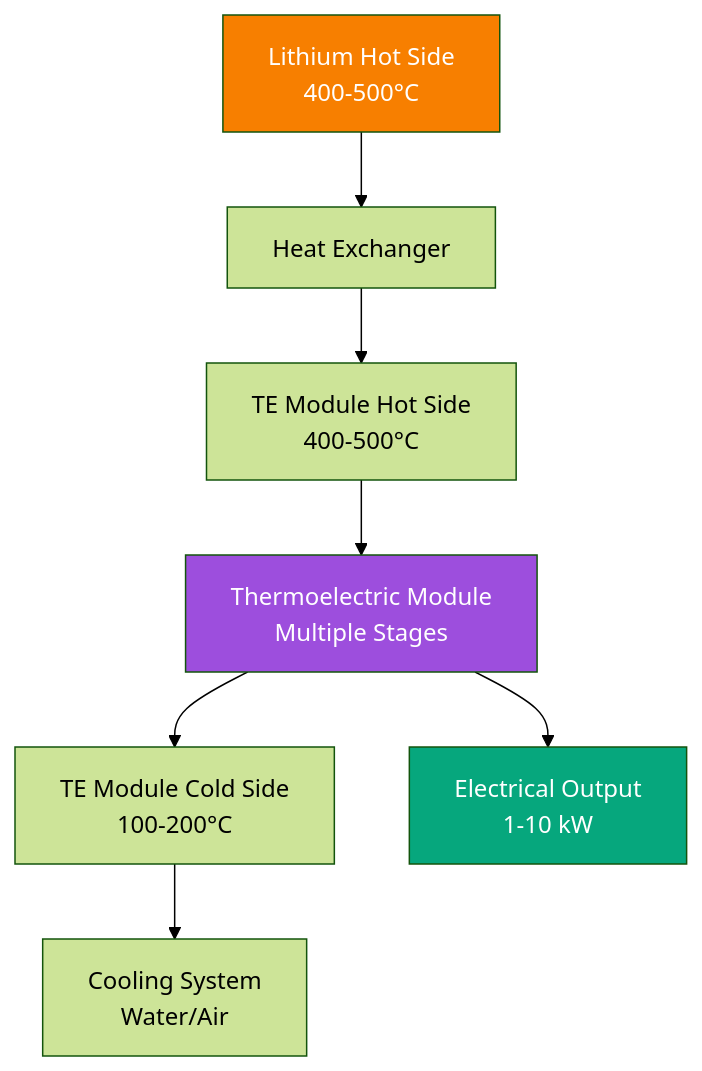
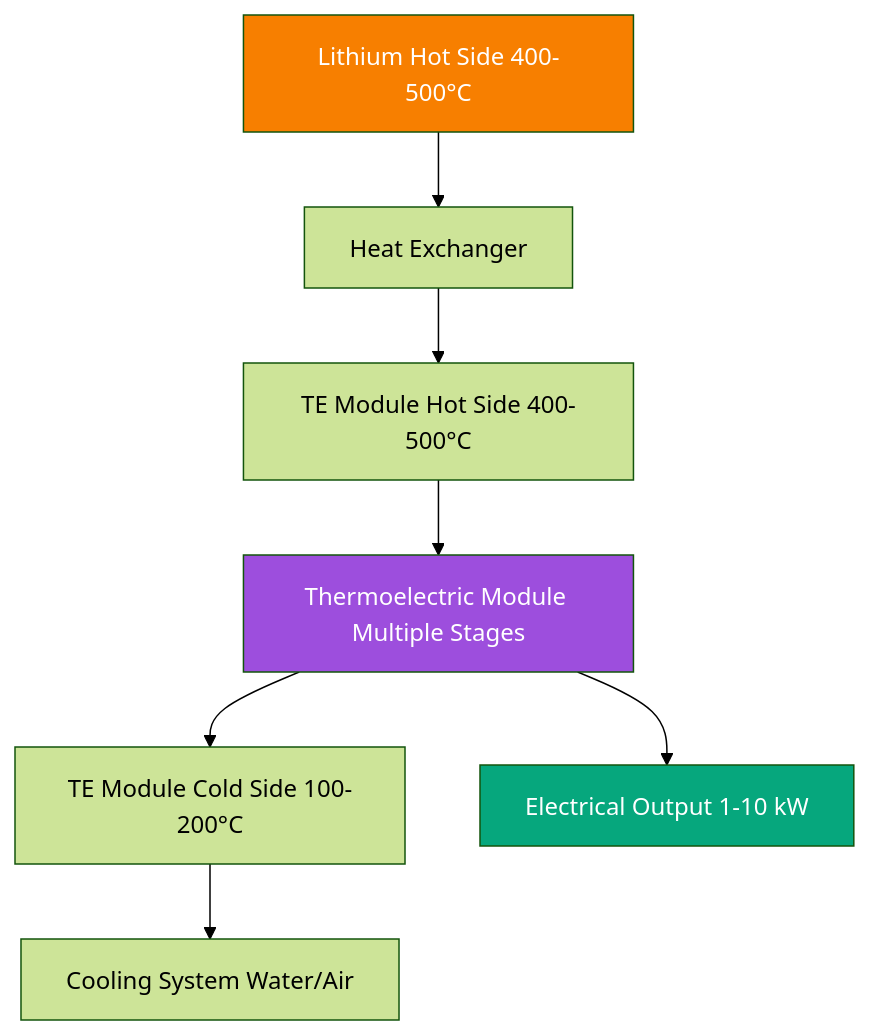
Before and after one commit to szemkoff/LAFRES: the sixth of 11 diagrams in website/docs/system-architecture.md, drawn with Mermaid (forest theme). The commit also changed other lines of this file and 7 other files, not shown here.

First line of the commit message:
Fix Mermaid diagram syntax - remove br tags

````diff
--- a/website/docs/system-architecture.md
+++ b/website/docs/system-architecture.md
@@ -278,14 +278,14 @@
 ```mermaid
 graph TB
-    A[Lithium Hot Side<br/>400-500°C] --> B[Heat Exchanger]
-    B --> C[TE Module Hot Side<br/>400-500°C]
-    C --> D[Thermoelectric Module<br/>Multiple Stages]
-    D --> E[TE Module Cold Side<br/>100-200°C]
-    E --> F[Cooling System<br/>Water/Air]
+    A[Lithium Hot Side 400-500°C] --> B[Heat Exchanger]
+    B --> C[TE Module Hot Side 400-500°C]
+    C --> D[Thermoelectric Module Multiple Stages]
+    D --> E[TE Module Cold Side 100-200°C]
+    E --> F[Cooling System Water/Air]
     
-    D --> G[Electrical Output<br/>1-10 kW]
+    D --> G[Electrical Output 1-10 kW]
     
     style A fill:#f77f00,color:#fff
     style D fill:#9d4edd,color:#fff
     style G fill:#06a77d,color:#fff
 ```
````
